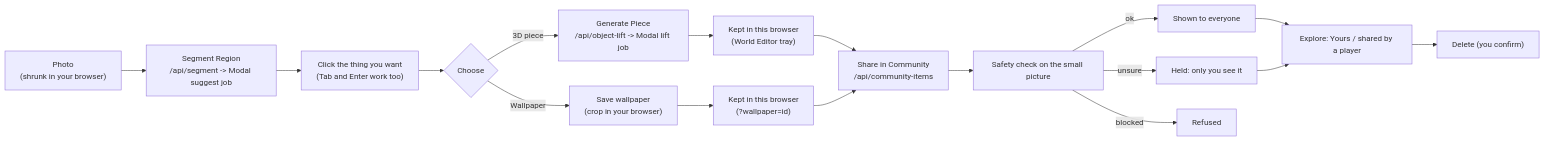
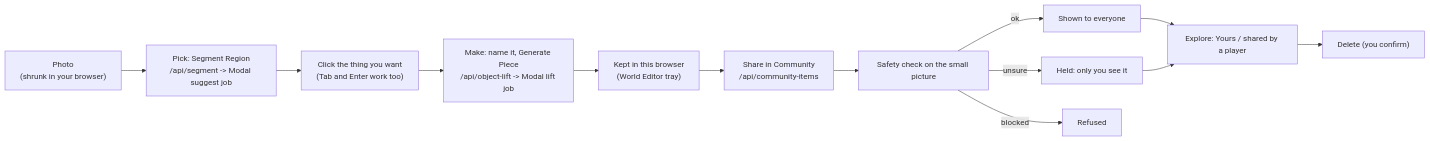
The first of 4 diagrams in docs/community-flow-guide.md (gitgithan/conquercourse), drawn with Mermaid before and after one commit. The commit also changed other lines of this file and 2 other files, not shown here.

First line of the commit message:
Community docs describe the app as it is, with no wallpaper text (Part of CC-249)

````diff
--- a/docs/community-flow-guide.md
+++ b/docs/community-flow-guide.md
@@ -18,19 +13,15 @@
 ```mermaid
 flowchart LR
-  A["Photo<br/>(shrunk in your browser)"] --> C["Segment Region<br/>/api/segment -> Modal suggest job"]
+  A["Photo<br/>(shrunk in your browser)"] --> C["Pick: Segment Region<br/>/api/segment -> Modal suggest job"]
   C --> C1["Click the thing you want<br/>(Tab and Enter work too)"]
-  C1 --> D{"Choose"}
-  D -->|3D piece| E["Generate Piece<br/>/api/object-lift -> Modal lift job"]
-  D -->|Wallpaper| F["Save wallpaper<br/>(crop in your browser)"]
+  C1 --> E["Make: name it, Generate Piece<br/>/api/object-lift -> Modal lift job"]
   E --> G["Kept in this browser<br/>(World Editor tray)"]
-  F --> G2["Kept in this browser<br/>(?wallpaper=id)"]
   G --> H["Share in Community<br/>/api/community-items"]
-  G2 --> H
   H --> I["Safety check on the small picture"]
   I -->|ok| J["Shown to everyone"]
   I -->|unsure| K["Held: only you see it"]
   I -->|blocked| L["Refused"]
   J --> M["Explore: Yours / shared by a player"]
   K --> M
   M --> N["Delete (you confirm)"]
 ```
````
